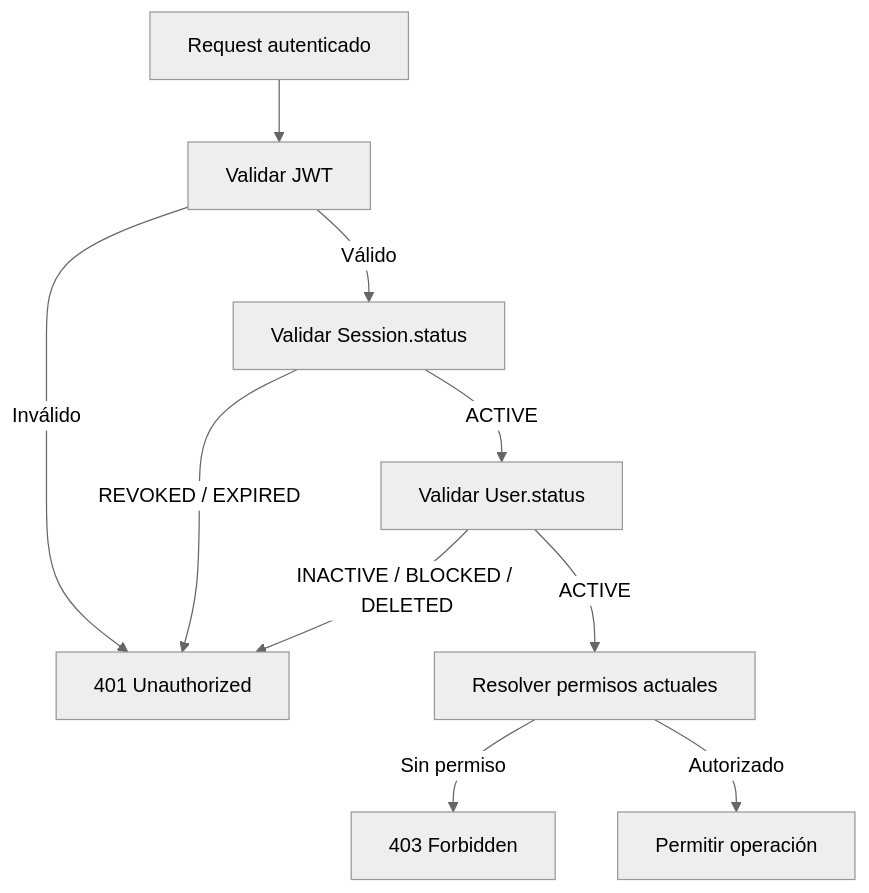
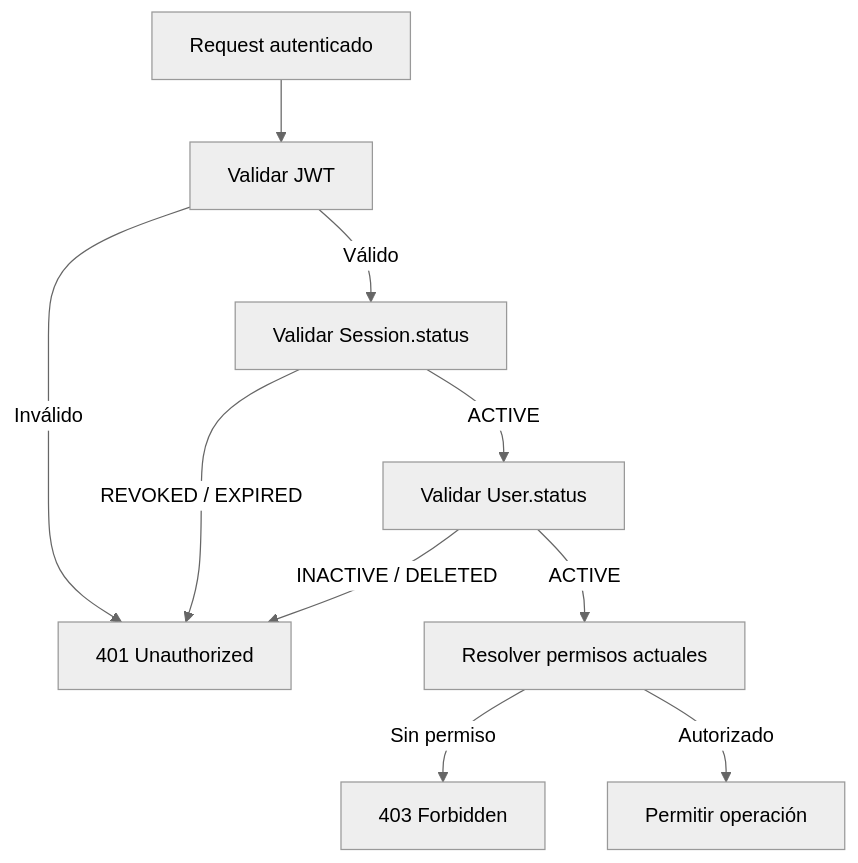
Before and after one commit to chirijose79-ui/Chiri: the second of 2 diagrams in docs/070_Seguridad.md, drawn with Mermaid (neutral theme). The commit also changed other lines of this file, not shown here.

Commit message:
docs: complete security architecture

````diff
--- a/docs/070_Seguridad.md
+++ b/docs/070_Seguridad.md
@@ -834,22 +885,22 @@
 ```mermaid
 flowchart TD
 
     Request["Request autenticado"]
     JWT["Validar JWT"]
     Session["Validar Session.status"]
     User["Validar User.status"]
     Authorization["Resolver permisos actuales"]
     Allow["Permitir operación"]
     Reject401["401 Unauthorized"]
     Reject403["403 Forbidden"]
 
     Request --> JWT
     JWT -->|Inválido| Reject401
     JWT -->|Válido| Session
     Session -->|REVOKED / EXPIRED| Reject401
     Session -->|ACTIVE| User
-    User -->|INACTIVE / BLOCKED / DELETED| Reject401
+    User -->|INACTIVE / DELETED| Reject401
     User -->|ACTIVE| Authorization
     Authorization -->|Sin permiso| Reject403
     Authorization -->|Autorizado| Allow
 ```
````
